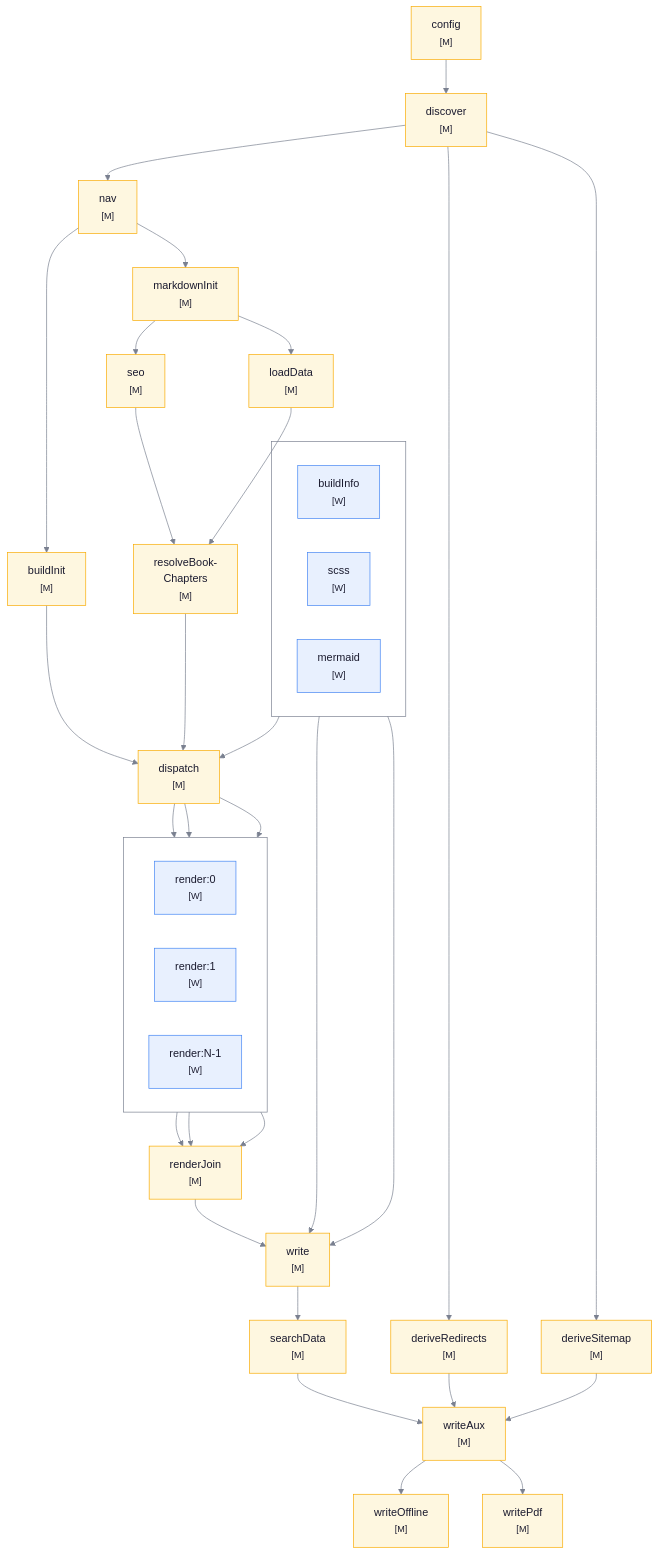
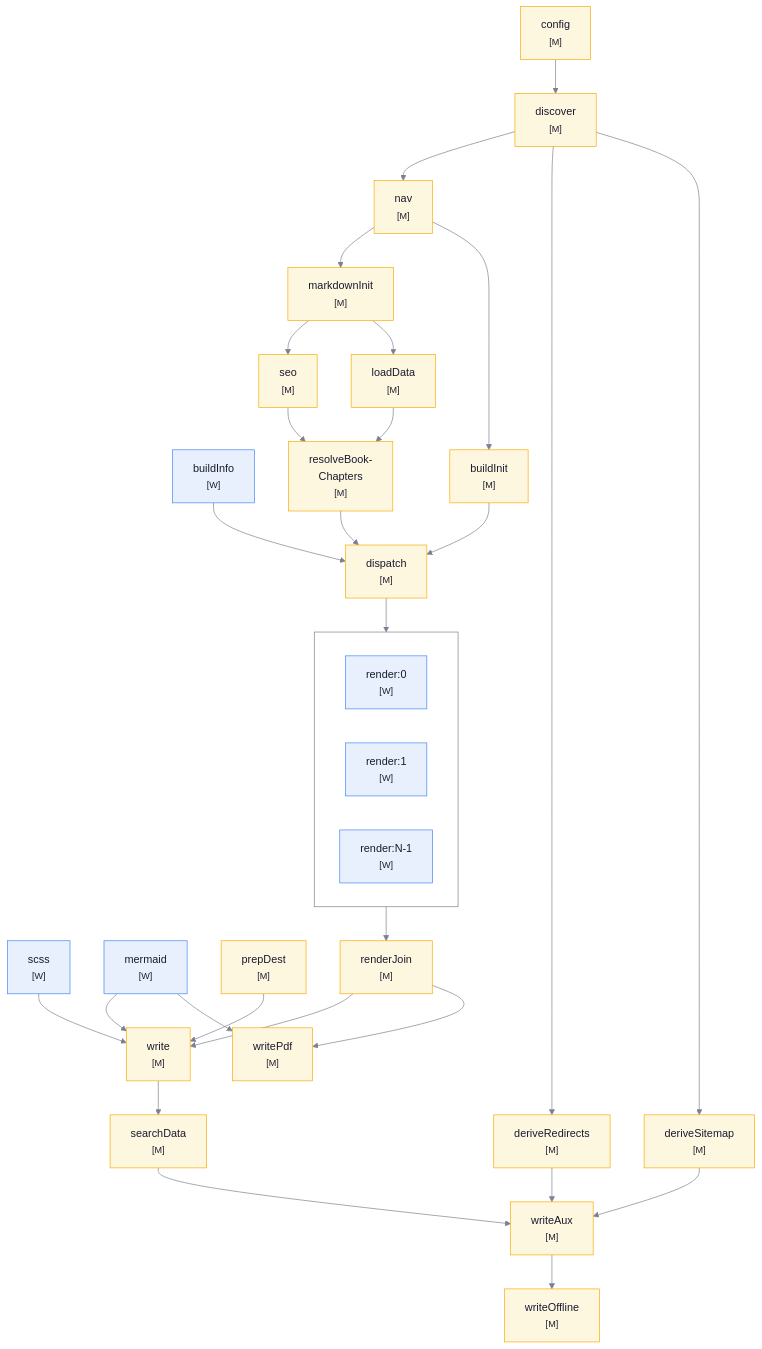
The diagram in docs/assets/images/mmd/scheduler-dag.mmd (twinbasic/documentation), drawn with Mermaid before and after one commit. The commit also changed 9 other files, not shown here.

Commit message:
Factor out prepDest and start it immediately. Factor out writePdf.

```diff
--- a/docs/assets/images/mmd/scheduler-dag.mmd
+++ b/docs/assets/images/mmd/scheduler-dag.mmd
@@ -1,55 +1,54 @@
 %%{init: {"themeVariables": {"clusterBkg": "transparent", "clusterBorder": "#7a8090", "lineColor": "#7a8090"}}}%%
 flowchart TB
-    subgraph seeds [" "]
-        direction LR
+    %%subgraph seeds [" "]
+    %%    direction LR
         BI["buildInfo<br><small>[W]</small>"]
         SC["scss<br><small>[W]</small>"]
         MM["mermaid<br><small>[W]</small>"]
-    end
+        PD["prepDest<br><small>[M]</small>"]
+    %%end
 
     CF["config<br><small>[M]</small>"] --> DI["discover<br><small>[M]</small>"]
     DI --> NV["nav<br><small>[M]</small>"]
     DI --> DR["deriveRedirects<br><small>[M]</small>"]
     DI --> DS["deriveSitemap<br><small>[M]</small>"]
     NV --> MI["markdownInit<br><small>[M]</small>"]
     NV --> BU["buildInit<br><small>[M]</small>"]
     MI --> SE["seo<br><small>[M]</small>"]
     MI --> LD["loadData<br><small>[M]</small>"]
     SE --> RC["resolveBook-<br>Chapters<br><small>[M]</small>"]
     LD --> RC
 
     BU --> DP["dispatch<br><small>[M]</small>"]
     RC --> DP
     BI --> DP
 
     subgraph fanout [" "]
         direction LR
         R0["render:0<br><small>[W]</small>"]
         R1["render:1<br><small>[W]</small>"]
         RN["render:N-1<br><small>[W]</small>"]
     end
 
-    DP --> R0
-    DP --> R1
-    DP --> RN
+    DP --> fanout
 
-    R0 --> RJ["renderJoin<br><small>[M]</small>"]
-    R1 --> RJ
-    RN --> RJ
+    fanout --> RJ["renderJoin<br><small>[M]</small>"]
 
     RJ --> WR["write<br><small>[M]</small>"]
     SC --> WR
     MM --> WR
+    PD --> WR
 
     WR --> SD["searchData<br><small>[M]</small>"]
     SD --> WA["writeAux<br><small>[M]</small>"]
     DR --> WA
     DS --> WA
 
     WA --> WO["writeOffline<br><small>[M]</small>"]
-    WA --> WP["writePdf<br><small>[M]</small>"]
+    RJ --> WP["writePdf<br><small>[M]</small>"]
+    MM --> WP
 
     classDef worker fill:#e8f0fe,stroke:#4285f4,color:#1a1a2e
     classDef main fill:#fef7e0,stroke:#f9ab00,color:#1a1a2e
     class BI,SC,MM,R0,R1,RN worker
-    class CF,DI,NV,MI,BU,SE,LD,RC,DP,RJ,WR,SD,WA,DR,DS,WO,WP main
+    class CF,DI,NV,MI,BU,SE,LD,RC,DP,RJ,WR,SD,WA,DR,DS,WO,WP,PD main
```
